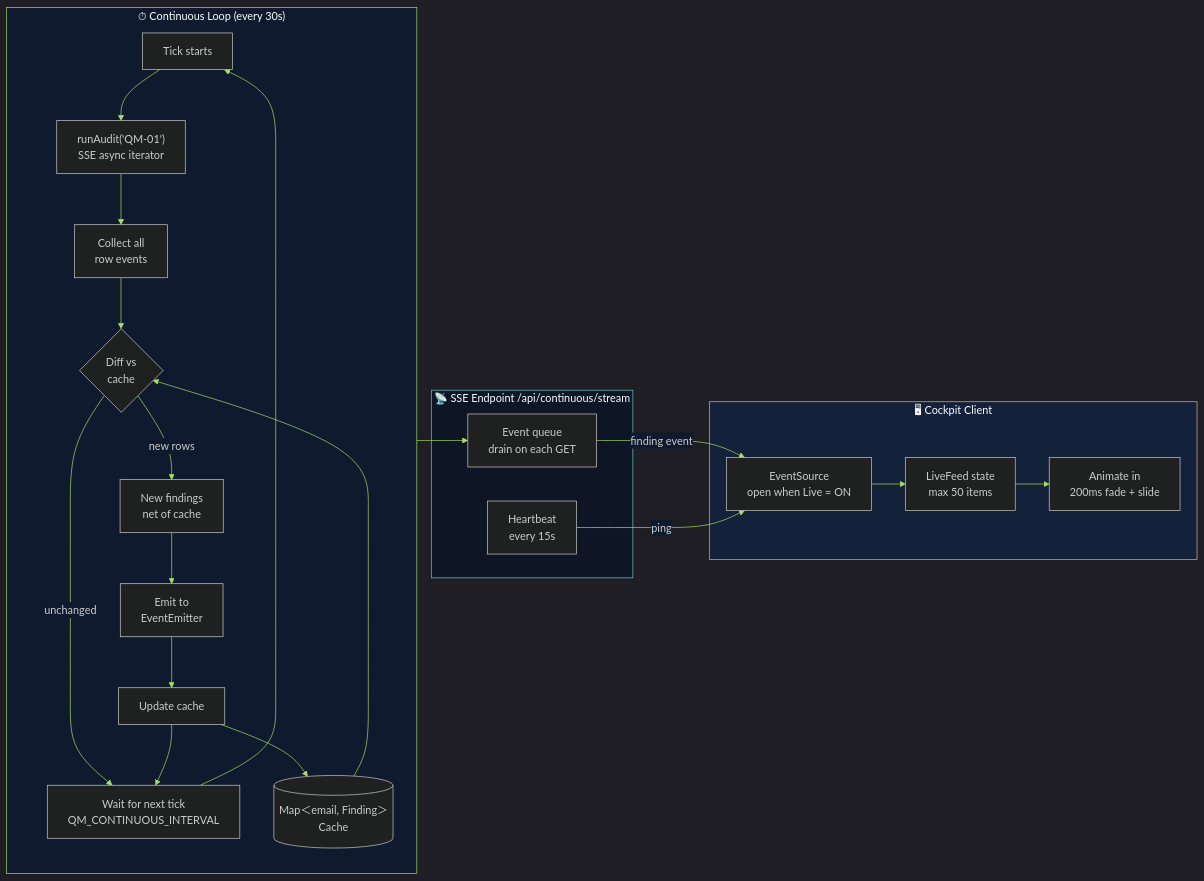
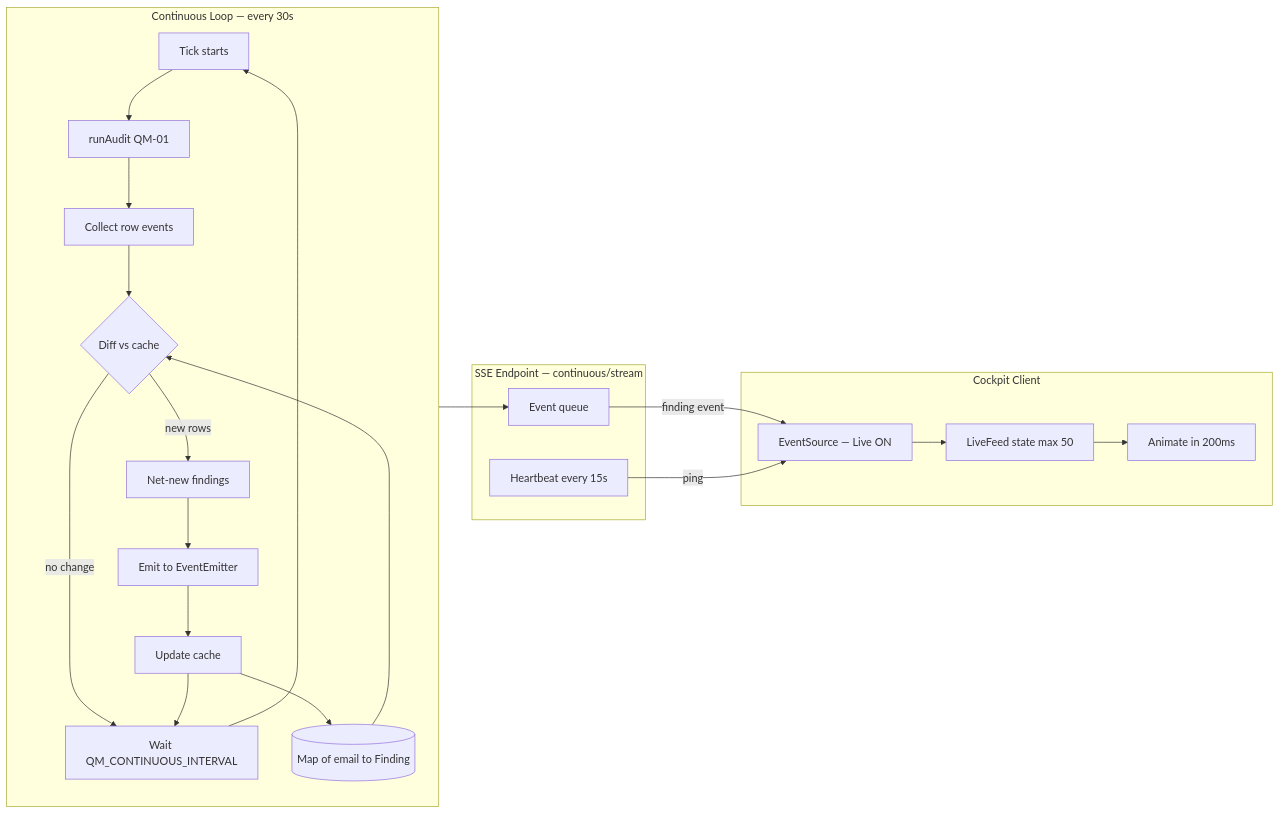
One commit to Sushant6095/Quatermaster-coral changed the fifth of 7 diagrams in README.md. Above: the diagram before and after it, drawn with Mermaid. The commit also changed other lines of this file, not shown here.

Commit message:
docs: fix all Mermaid diagram syntax — replace \n with labels, remove %%init%% theme vars, quote special chars

````diff
--- a/README.md
+++ b/README.md
@@ -376,42 +352,37 @@
 ```mermaid
-%%{init: {'theme': 'dark', 'themeVariables': {'primaryColor': '#13213A', 'primaryTextColor': '#E8EEF7', 'primaryBorderColor': '#A8E063', 'lineColor': '#A8E063', 'secondaryColor': '#0F1A2E', 'tertiaryColor': '#070E1A', 'edgeLabelBackground': '#0F1A2E'}}}%%
 flowchart LR
-    subgraph LOOP["⏱  Continuous Loop  (every 30s)"]
+    subgraph LOOP["Continuous Loop — every 30s"]
         direction TB
-        T[Tick starts]
-        RQ["runAudit('QM-01')\nSSE async iterator"]
-        ROWS[Collect all\nrow events]
-        DIFF{Diff vs\ncache}
-        CACHE[("Map＜email, Finding＞\nCache")]
-        NEW[New findings\nnet of cache]
-        EMIT[Emit to\nEventEmitter]
-        UPDATE[Update cache]
-        WAIT[Wait for next tick\nQM_CONTINUOUS_INTERVAL]
+        T["Tick starts"]
+        RQ["runAudit QM-01"]
+        ROWS["Collect row events"]
+        DIFF{"Diff vs cache"}
+        CACHE[("Map of email to Finding")]
+        NEW["Net-new findings"]
+        EMIT["Emit to EventEmitter"]
+        UPDATE["Update cache"]
+        WAIT["Wait QM_CONTINUOUS_INTERVAL"]
         T --> RQ --> ROWS --> DIFF
-        DIFF -->|unchanged| WAIT
-        DIFF -->|new rows| NEW --> EMIT --> UPDATE --> WAIT
+        DIFF -->|"no change"| WAIT
+        DIFF -->|"new rows"| NEW --> EMIT --> UPDATE --> WAIT
         CACHE --> DIFF
         UPDATE --> CACHE
         WAIT --> T
     end
 
-    subgraph SSE["📡  SSE Endpoint  /api/continuous/stream"]
-        Q[Event queue\ndrain on each GET]
-        HB[Heartbeat\nevery 15s]
+    subgraph SSE["SSE Endpoint — continuous/stream"]
+        Q["Event queue"]
+        HB["Heartbeat every 15s"]
     end
 
-    subgraph CLIENT["🖥  Cockpit Client"]
-        ES[EventSource\nopen when Live = ON]
-        LF[LiveFeed state\nmax 50 items]
-        UI[Animate in\n200ms fade + slide]
+    subgraph CLIENT["Cockpit Client"]
+        ES["EventSource — Live ON"]
+        LF["LiveFeed state max 50"]
+        UI["Animate in 200ms"]
         ES --> LF --> UI
     end
 
     EMIT --> Q
-    Q -->|finding event| ES
-    HB -->|ping| ES
-
-    style LOOP fill:#0F1A2E,stroke:#A8E063
-    style SSE fill:#0E1626,stroke:#5BD2C7
-    style CLIENT fill:#13213A,stroke:#E4B66B
+    Q -->|"finding event"| ES
+    HB -->|"ping"| ES
 ```
````
